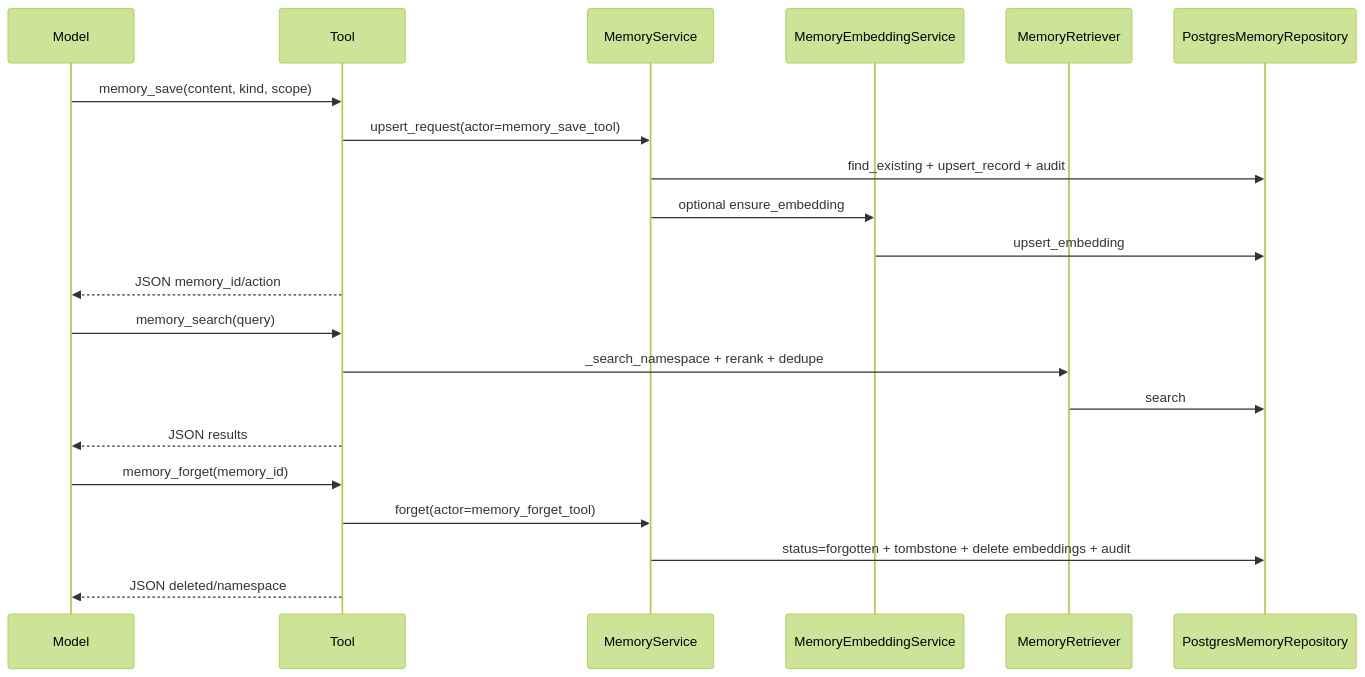
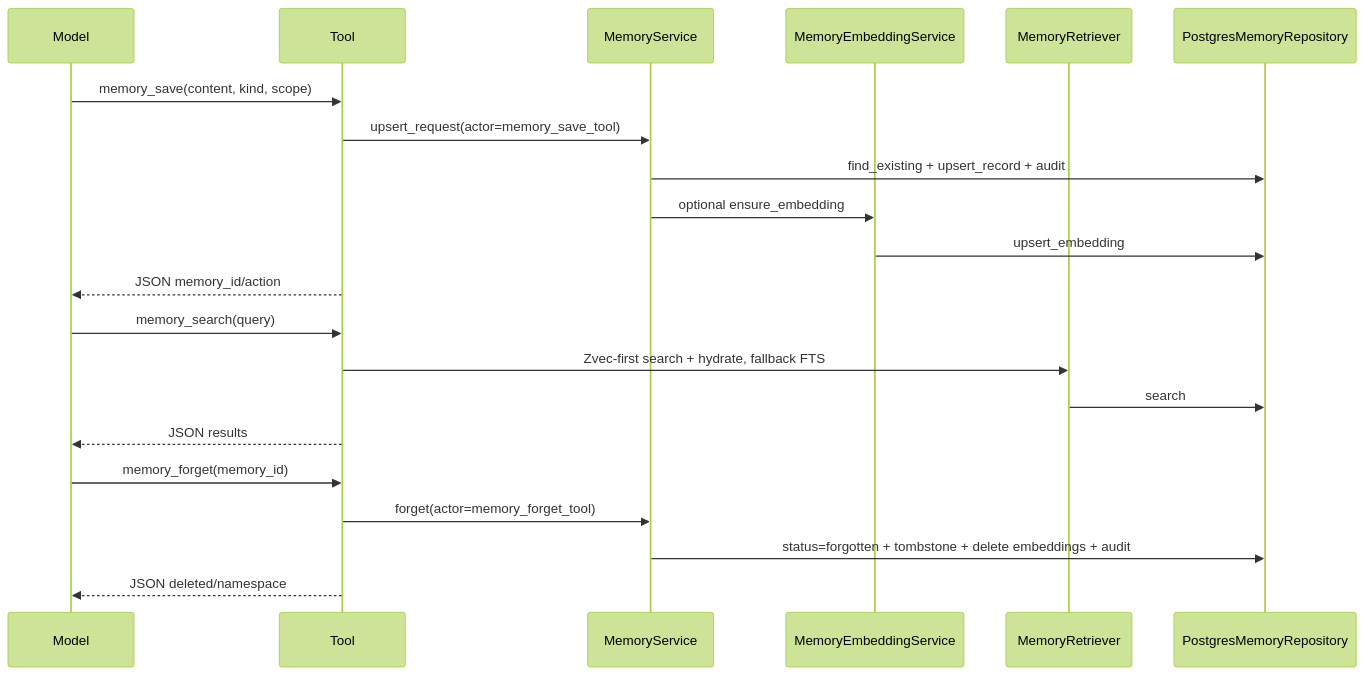
One commit to William-zgx/focus-agent changed diagram 11 of 12 in docs/memory-system-v2.md. Above: the diagram before and after it, drawn with Mermaid (forest theme). The commit also changed other lines of this file and 20 other files, not shown here.

````diff
--- a/docs/memory-system-v2.md
+++ b/docs/memory-system-v2.md
@@ -740,26 +752,26 @@
 ```mermaid
 sequenceDiagram
     participant Model
     participant Tool
     participant Service as MemoryService
     participant EmbSvc as MemoryEmbeddingService
     participant Retriever as MemoryRetriever
     participant Repo as PostgresMemoryRepository
 
     Model->>Tool: memory_save(content, kind, scope)
     Tool->>Service: upsert_request(actor=memory_save_tool)
     Service->>Repo: find_existing + upsert_record + audit
     Service->>EmbSvc: optional ensure_embedding
     EmbSvc->>Repo: upsert_embedding
     Tool-->>Model: JSON memory_id/action
 
     Model->>Tool: memory_search(query)
-    Tool->>Retriever: _search_namespace + rerank + dedupe
+    Tool->>Retriever: Zvec-first search + hydrate, fallback FTS
     Retriever->>Repo: search
     Tool-->>Model: JSON results
 
     Model->>Tool: memory_forget(memory_id)
     Tool->>Service: forget(actor=memory_forget_tool)
     Service->>Repo: status=forgotten + tombstone + delete embeddings + audit
     Tool-->>Model: JSON deleted/namespace
 ```
````
